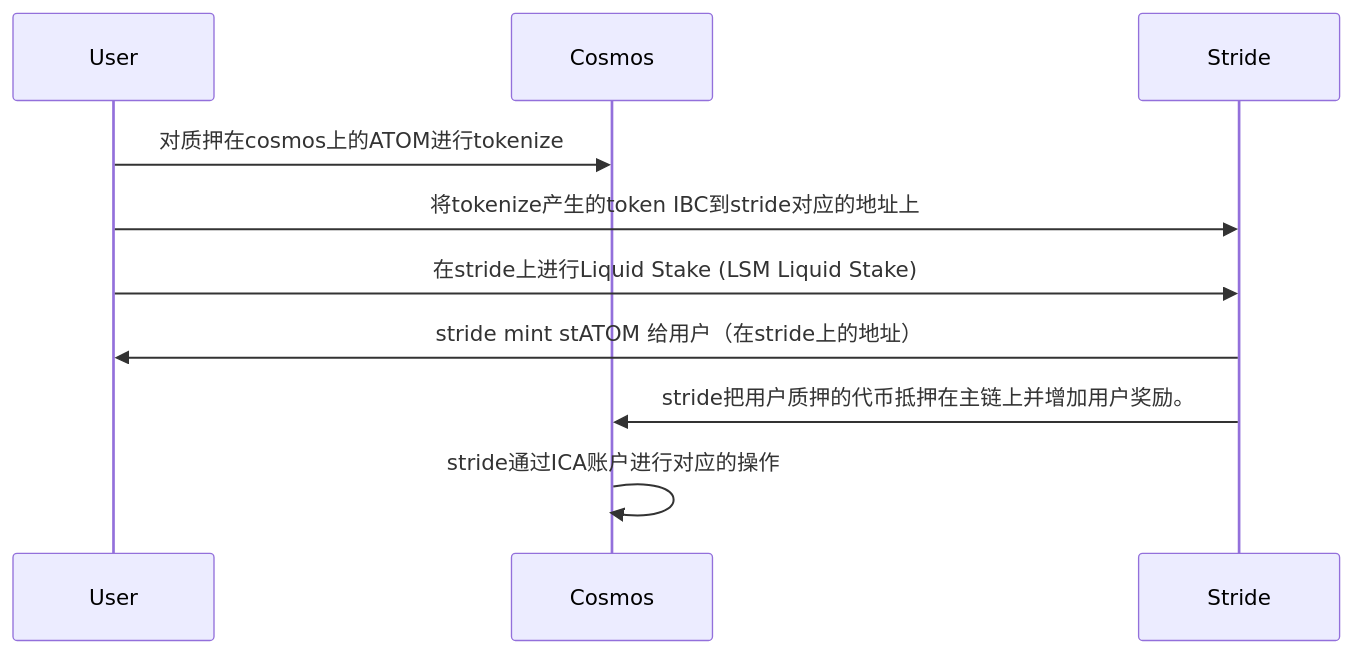
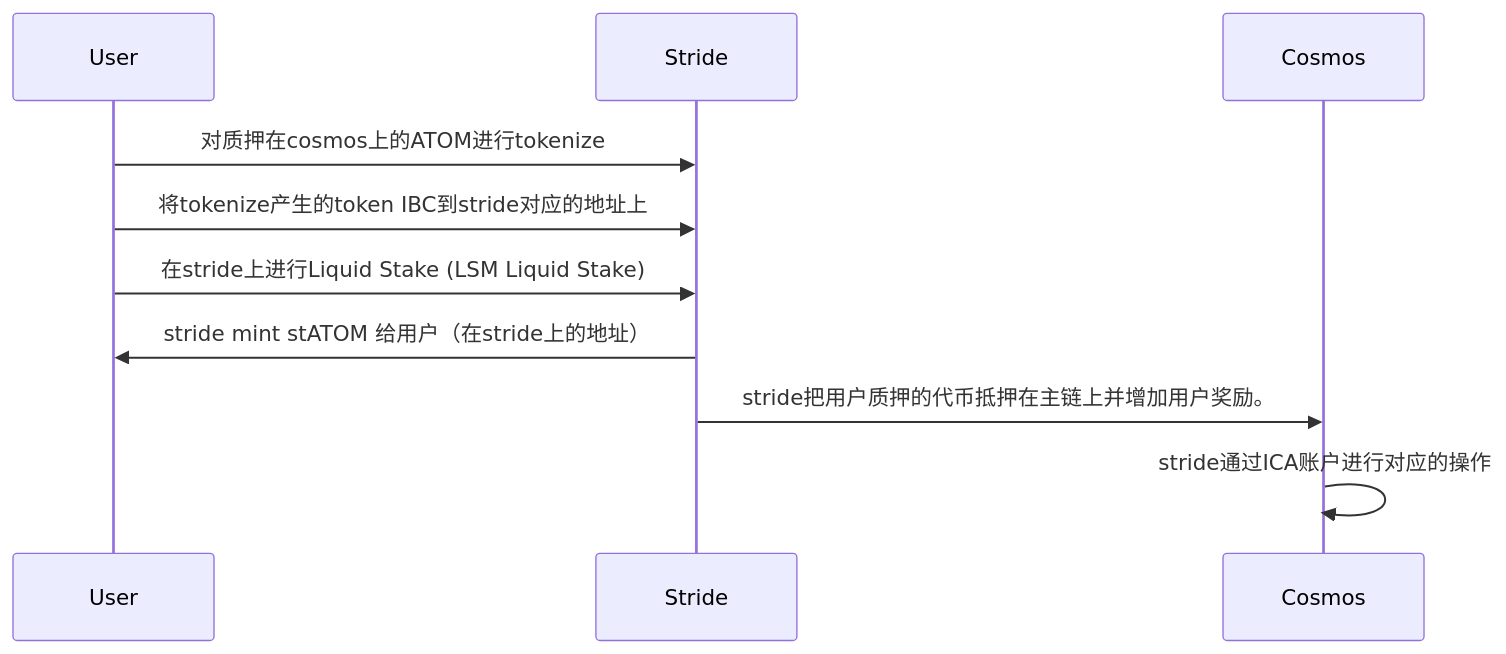
One commit to yingjianzh/iodraw-files changed the diagram in all/未命名-3.md. Above: the diagram before and after it, drawn with Mermaid.

Commit message:
2024-03-28 14:34:33 update

````diff
--- a/all/未命名-3.md
+++ b/all/未命名-3.md
@@ -1,9 +1,9 @@
 ```mermaid
 sequenceDiagram
-    User->>Cosmos: 对质押在cosmos上的ATOM进行tokenize
+    User->>Stride: 对质押在cosmos上的ATOM进行tokenize
     User->>Stride: 将tokenize产生的token IBC到stride对应的地址上
     User->>Stride: 在stride上进行Liquid Stake (LSM Liquid Stake)
     Stride->>User: stride mint stATOM 给用户（在stride上的地址）
     Stride->>Cosmos: stride把用户质押的代币抵押在主链上并增加用户奖励。
     Cosmos->>Cosmos: stride通过ICA账户进行对应的操作
 ```
````
